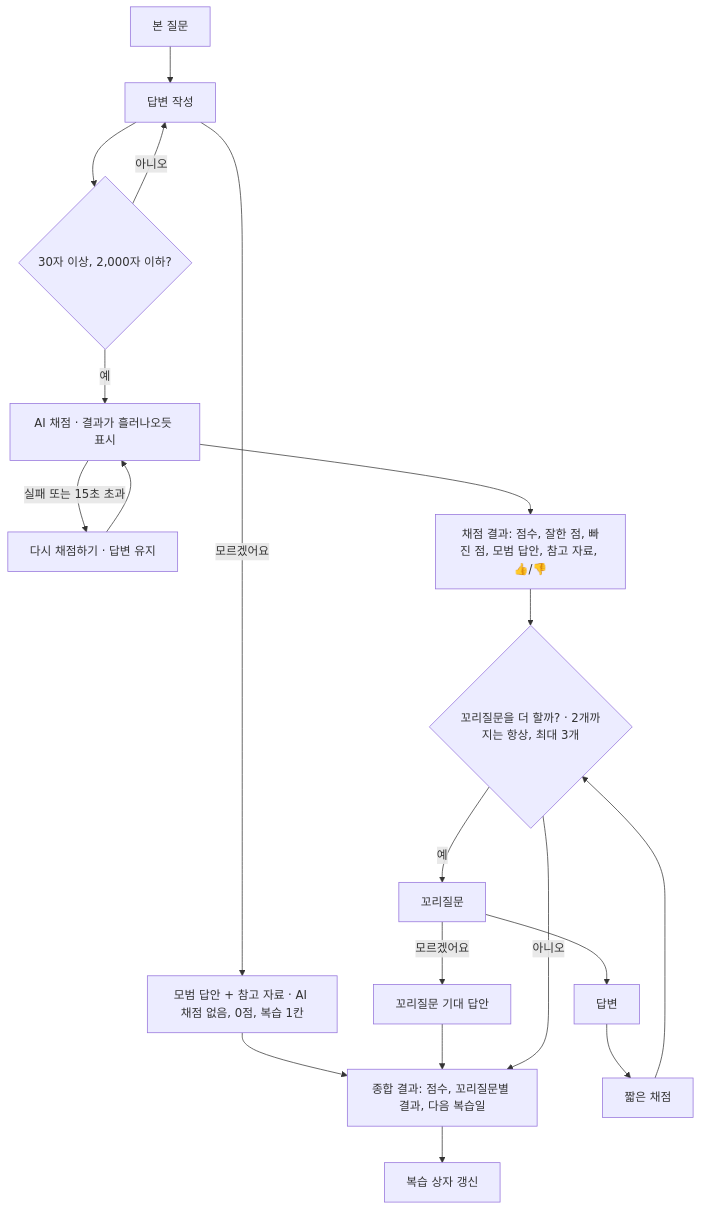
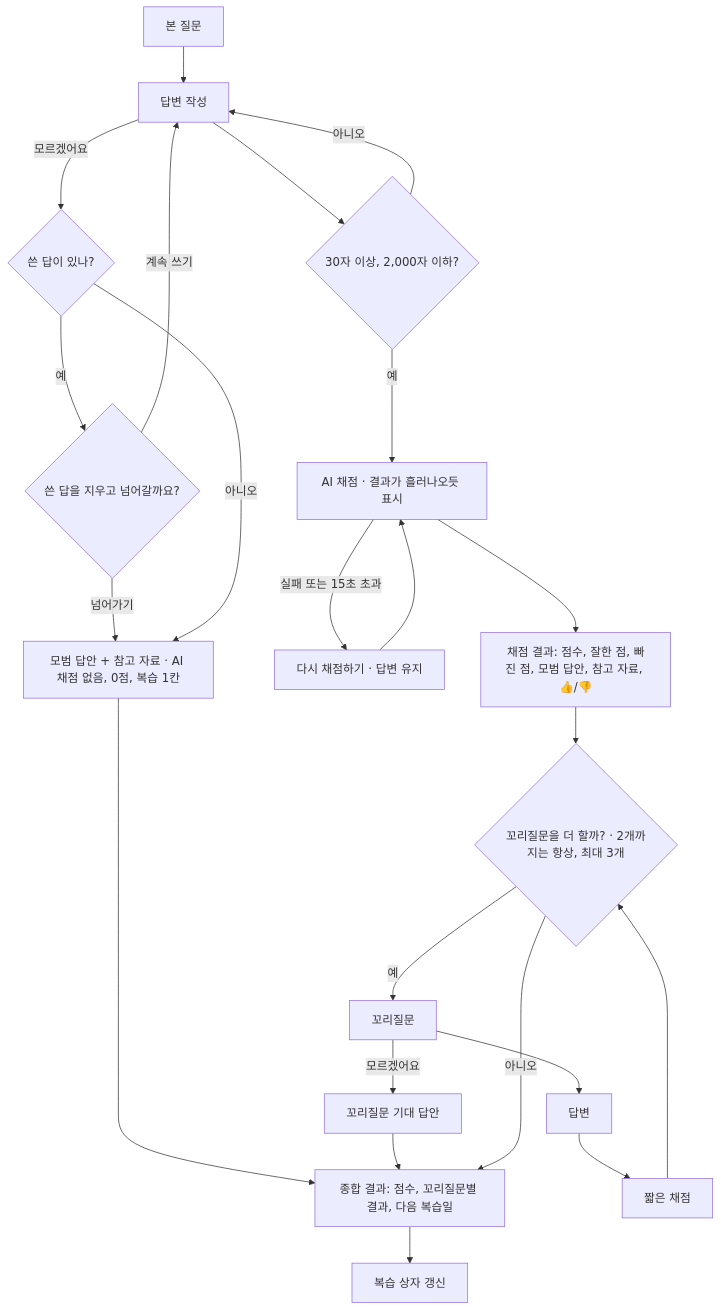
The third of 6 diagrams in docs/05-user-flow.md (GREED-YI/tailq), drawn with Mermaid before and after one commit. The commit also changed other lines of this file and 3 other files, not shown here.

````diff
--- a/docs/05-user-flow.md
+++ b/docs/05-user-flow.md
@@ -63,15 +68,19 @@
 ```mermaid
 flowchart TD
   A["본 질문"] --> B["답변 작성"]
-  B -- 모르겠어요 --> Q["모범 답안 + 참고 자료 · AI 채점 없음, 0점, 복습 1칸"] --> L
+  B -- 모르겠어요 --> W{"쓴 답이 있나?"}
+  W -- 예 --> Y{"쓴 답을 지우고 넘어갈까요?"}
+  Y -- 계속 쓰기 --> B
+  Y -- 넘어가기 --> Q
+  W -- 아니오 --> Q["모범 답안 + 참고 자료 · AI 채점 없음, 0점, 복습 1칸"] --> L
   B --> C{"30자 이상, 2,000자 이하?"}
   C -- 아니오 --> B
   C -- 예 --> E["AI 채점 · 결과가 흘러나오듯 표시"]
   E -- 실패 또는 15초 초과 --> F["다시 채점하기 · 답변 유지"] --> E
   E --> G["채점 결과: 점수, 잘한 점, 빠진 점, 모범 답안, 참고 자료, 👍/👎"]
   G --> H{"꼬리질문을 더 할까? · 2개까지는 항상, 최대 3개"}
   H -- 예 --> I["꼬리질문"] --> J["답변"] --> K["짧은 채점"] --> H
   I -- 모르겠어요 --> P["꼬리질문 기대 답안"] --> L
   H -- 아니오 --> L["종합 결과: 점수, 꼬리질문별 결과, 다음 복습일"]
   L --> N["복습 상자 갱신"]
 ```
````
